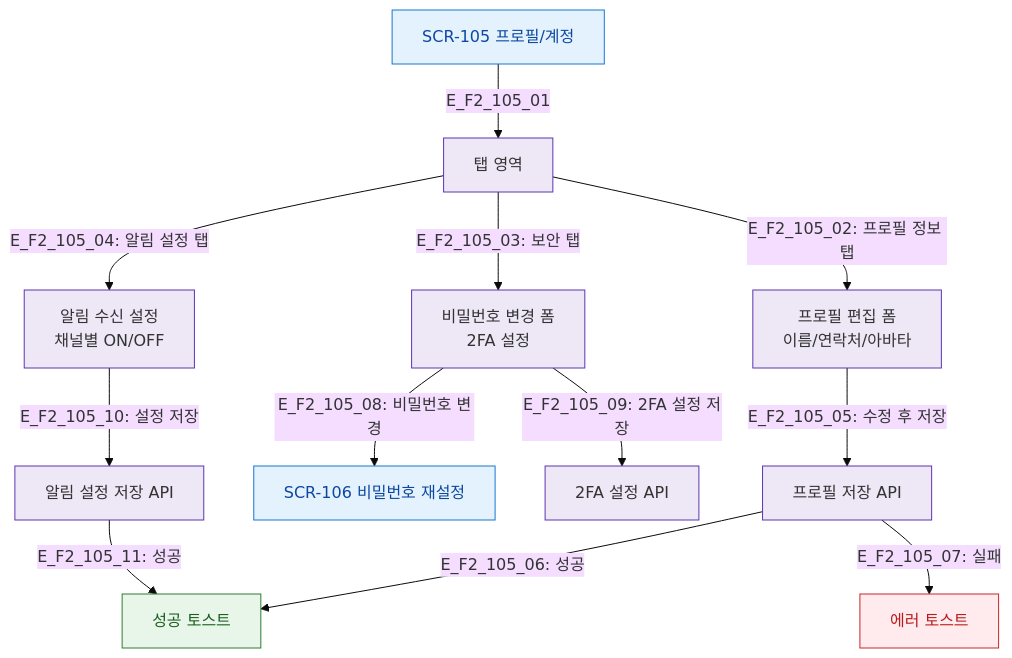
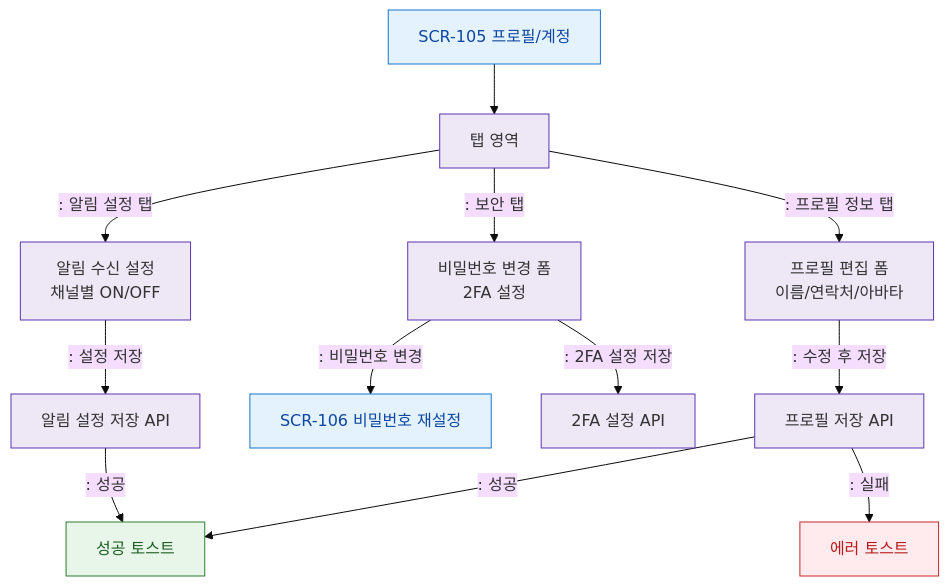
One commit to dev-spogym/admin-pando changed the diagram in docs/다이어그램/D01_공통/SCR-105_프로필_계정/F2_메인.md. Above: the diagram before and after it, drawn with Mermaid (base theme). The commit also changed other lines of this file and 1660 other files, not shown here.

First line of the commit message:
다이어그램: 기획자/클라이언트 납품본으로 정리

````diff
--- a/docs/다이어그램/D01_공통/SCR-105_프로필_계정/F2_메인.md
+++ b/docs/다이어그램/D01_공통/SCR-105_프로필_계정/F2_메인.md
@@ -19,27 +17,27 @@
 ```mermaid
 flowchart TD
-    SCR_105[SCR-105 프로필/계정] -->|E_F2_105_01| TABS[탭 영역]
+    SCR_105[SCR-105 프로필/계정] --> TABS[탭 영역]
 
-    TABS -->|"E_F2_105_02: 프로필 정보 탭"| TAB_PROFILE[프로필 편집 폼\n이름/연락처/아바타]
-    TABS -->|"E_F2_105_03: 보안 탭"| TAB_SECURITY[비밀번호 변경 폼\n2FA 설정]
-    TABS -->|"E_F2_105_04: 알림 설정 탭"| TAB_NOTIF[알림 수신 설정\n채널별 ON/OFF]
+    TABS -->|": 프로필 정보 탭"|TAB_PROFILE[프로필 편집 폼\n이름/연락처/아바타]
+    TABS -->|": 보안 탭"|TAB_SECURITY[비밀번호 변경 폼\n2FA 설정]
+    TABS -->|": 알림 설정 탭"|TAB_NOTIF[알림 수신 설정\n채널별 ON/OFF]
 
-    TAB_PROFILE -->|"E_F2_105_05: 수정 후 저장"| SAVE_PROFILE[프로필 저장 API]
-    SAVE_PROFILE -->|"E_F2_105_06: 성공"| SUCCESS_TOAST[성공 토스트]
-    SAVE_PROFILE -->|"E_F2_105_07: 실패"| ERR_TOAST[에러 토스트]
+    TAB_PROFILE -->|": 수정 후 저장"|SAVE_PROFILE[프로필 저장 API]
+    SAVE_PROFILE -->|": 성공"|SUCCESS_TOAST[성공 토스트]
+    SAVE_PROFILE -->|": 실패"|ERR_TOAST[에러 토스트]
 
-    TAB_SECURITY -->|"E_F2_105_08: 비밀번호 변경"| SCR_106[SCR-106 비밀번호 재설정]
-    TAB_SECURITY -->|"E_F2_105_09: 2FA 설정 저장"| SAVE_2FA[2FA 설정 API]
+    TAB_SECURITY -->|": 비밀번호 변경"|SCR_106[SCR-106 비밀번호 재설정]
+    TAB_SECURITY -->|": 2FA 설정 저장"|SAVE_2FA[2FA 설정 API]
 
-    TAB_NOTIF -->|"E_F2_105_10: 설정 저장"| SAVE_NOTIF[알림 설정 저장 API]
-    SAVE_NOTIF -->|"E_F2_105_11: 성공"| SUCCESS_TOAST
+    TAB_NOTIF -->|": 설정 저장"|SAVE_NOTIF[알림 설정 저장 API]
+    SAVE_NOTIF -->|": 성공"|SUCCESS_TOAST
 
-    classDef screen  fill:#E3F2FD,stroke:#1976D2,color:#0D47A1
-    classDef system  fill:#EDE7F6,stroke:#5E35B2
+    classDef screen fill:#E3F2FD,stroke:#1976D2,color:#0D47A1
+    classDef system fill:#EDE7F6,stroke:#5E35B2
     classDef success fill:#E8F5E9,stroke:#2E7D32,color:#1B5E20
-    classDef error   fill:#FFEBEE,stroke:#C62828,color:#B71C1C
+    classDef error fill:#FFEBEE,stroke:#C62828,color:#B71C1C
     class SCR_105,SCR_106 screen
     class TABS,TAB_PROFILE,TAB_SECURITY,TAB_NOTIF,SAVE_PROFILE,SAVE_2FA,SAVE_NOTIF system
     class SUCCESS_TOAST success
     class ERR_TOAST error
 ```
````
